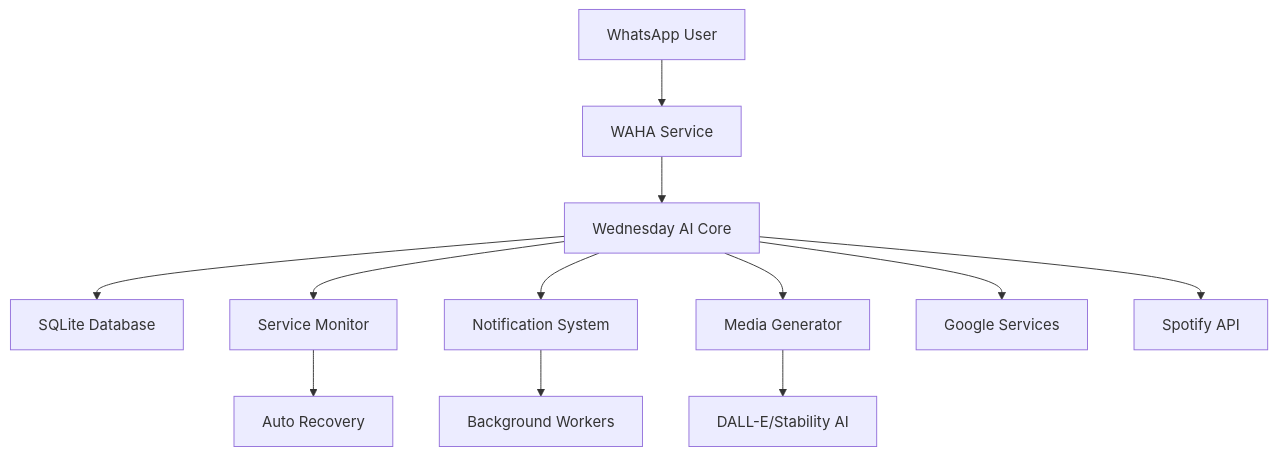
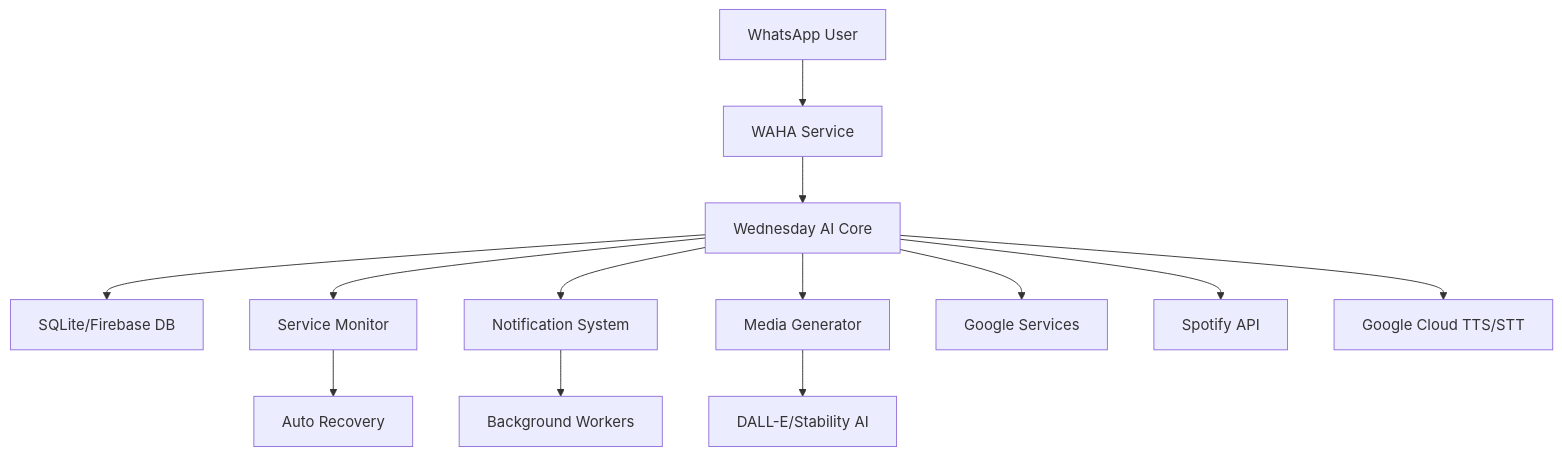
The diagram in README.md (WandileM7/Wednesday_Whatsapp_assistant), drawn with Mermaid before and after one commit. The commit also changed other lines of this file, not shown here.

Commit message:
docs: update main README with Google Cloud TTS, Firebase storage, and voice control features

````diff
--- a/README.md
+++ b/README.md
@@ -53,14 +54,15 @@
 ```mermaid
 graph TB
     A[WhatsApp User] --> B[WAHA Service]
     B --> C[Wednesday AI Core]
-    C --> D[SQLite Database]
+    C --> D[SQLite/Firebase DB]
     C --> E[Service Monitor]
     C --> F[Notification System]
     C --> G[Media Generator]
     C --> H[Google Services]
     C --> I[Spotify API]
-    E --> J[Auto Recovery]
-    F --> K[Background Workers]
-    G --> L[DALL-E/Stability AI]
+    C --> J[Google Cloud TTS/STT]
+    E --> K[Auto Recovery]
+    F --> L[Background Workers]
+    G --> M[DALL-E/Stability AI]
 ```
````
